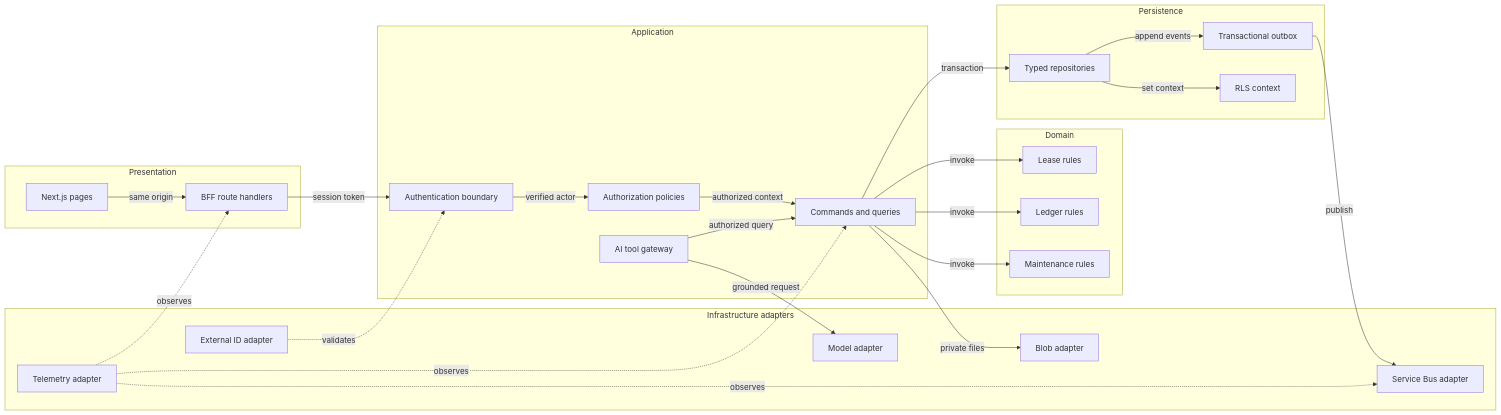
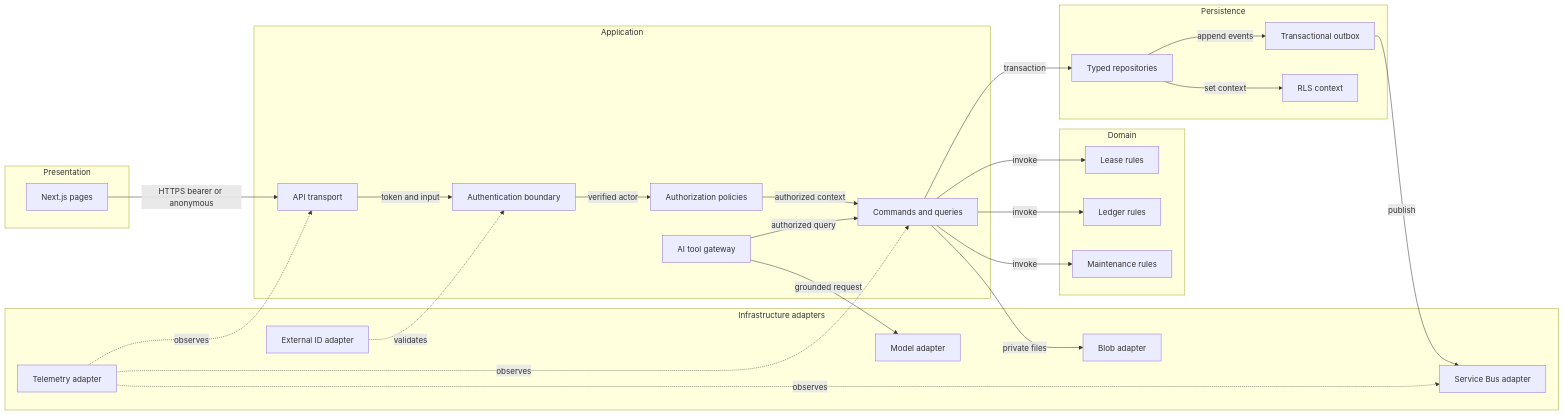
Before and after one commit to keyforta/keyforta-property: the second of 2 diagrams in docs/architecture/AZURE_ARCHITECTURE.md, drawn with Mermaid. The commit also changed other lines of this file and 72 other files, not shown here.

````diff
--- a/docs/architecture/AZURE_ARCHITECTURE.md
+++ b/docs/architecture/AZURE_ARCHITECTURE.md
@@ -90,49 +99,49 @@
 ```mermaid
 flowchart LR
     subgraph cPresentation["Presentation"]
         cPages["Next.js pages"]
-        cBff["BFF route handlers"]
     end
     subgraph cApplication["Application"]
+        cTransport["API transport"]
         cAuth["Authentication boundary"]
         cPolicy["Authorization policies"]
         cCommands["Commands and queries"]
         cTools["AI tool gateway"]
     end
     subgraph cDomain["Domain"]
         cLease["Lease rules"]
         cLedger["Ledger rules"]
         cMaintenance["Maintenance rules"]
     end
     subgraph cPersistence["Persistence"]
         cRepos["Typed repositories"]
         cOutbox["Transactional outbox"]
         cRls["RLS context"]
     end
     subgraph cInfrastructure["Infrastructure adapters"]
         cIdentity["External ID adapter"]
         cDocuments["Blob adapter"]
         cMessages["Service Bus adapter"]
         cModels["Model adapter"]
         cTelemetry["Telemetry adapter"]
     end
 
-    cPages -->|"same origin"| cBff
-    cBff -->|"session token"| cAuth
+    cPages -->|"HTTPS bearer or anonymous"| cTransport
+    cTransport -->|"token and input"| cAuth
     cAuth -->|"verified actor"| cPolicy
     cPolicy -->|"authorized context"| cCommands
     cCommands -->|"invoke"| cLease
     cCommands -->|"invoke"| cLedger
     cCommands -->|"invoke"| cMaintenance
     cCommands -->|"transaction"| cRepos
     cRepos -->|"set context"| cRls
     cRepos -->|"append events"| cOutbox
     cOutbox -->|"publish"| cMessages
     cCommands -->|"private files"| cDocuments
     cTools -->|"authorized query"| cCommands
     cTools -->|"grounded request"| cModels
     cIdentity -.->|"validates"| cAuth
-    cTelemetry -.->|"observes"| cBff
+    cTelemetry -.->|"observes"| cTransport
     cTelemetry -.->|"observes"| cCommands
     cTelemetry -.->|"observes"| cMessages
 ```
````
